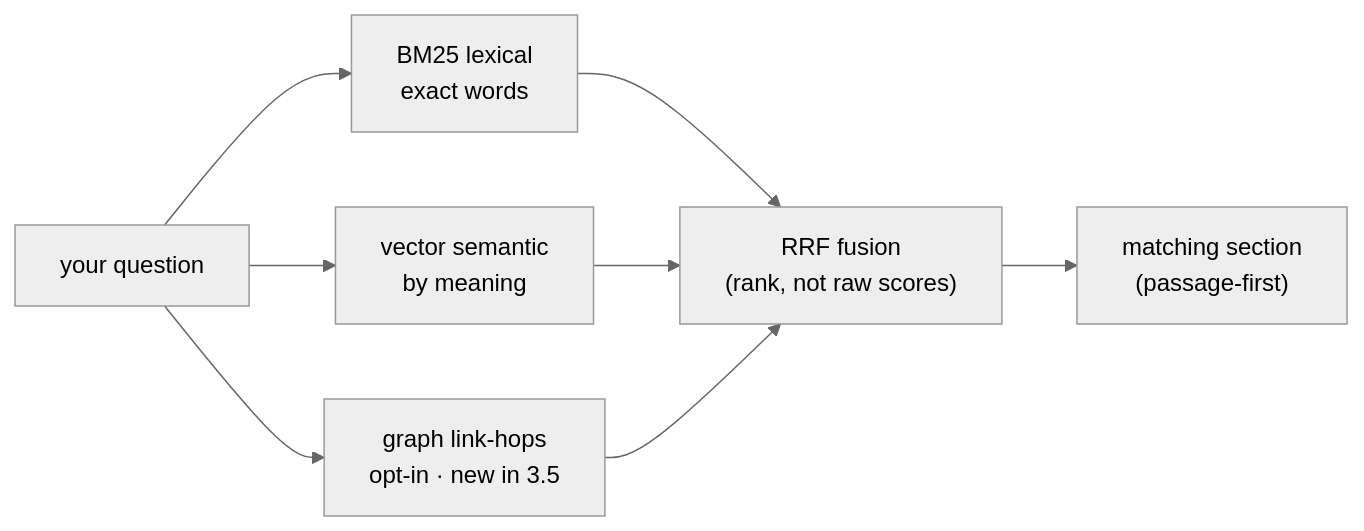
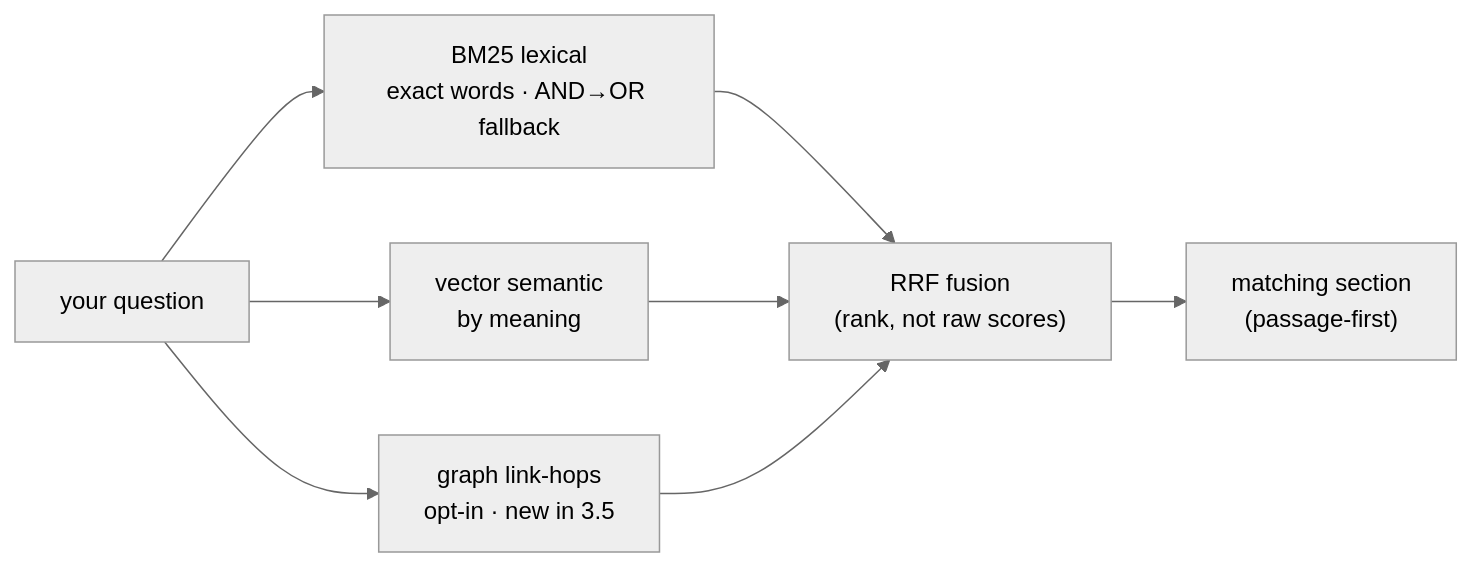
Before and after one commit to Vahlame/create-vkm-kit: the second of 5 diagrams in docs/en/how-it-works.md, drawn with Mermaid (neutral theme). The commit also changed other lines of this file and 7 other files, not shown here.

````diff
--- a/docs/en/how-it-works.md
+++ b/docs/en/how-it-works.md
@@ -140,10 +140,10 @@
 ```mermaid
 flowchart LR
-  Q["your question"] --> L["BM25 lexical<br/>exact words"]
+  Q["your question"] --> L["BM25 lexical<br/>exact words · AND→OR fallback"]
   Q --> S["vector semantic<br/>by meaning"]
   Q --> G["graph link-hops<br/>opt-in · new in 3.5"]
   L --> F["RRF fusion<br/>(rank, not raw scores)"]
   S --> F
   G --> F
   F --> P["matching section<br/>(passage-first)"]
 ```
````
